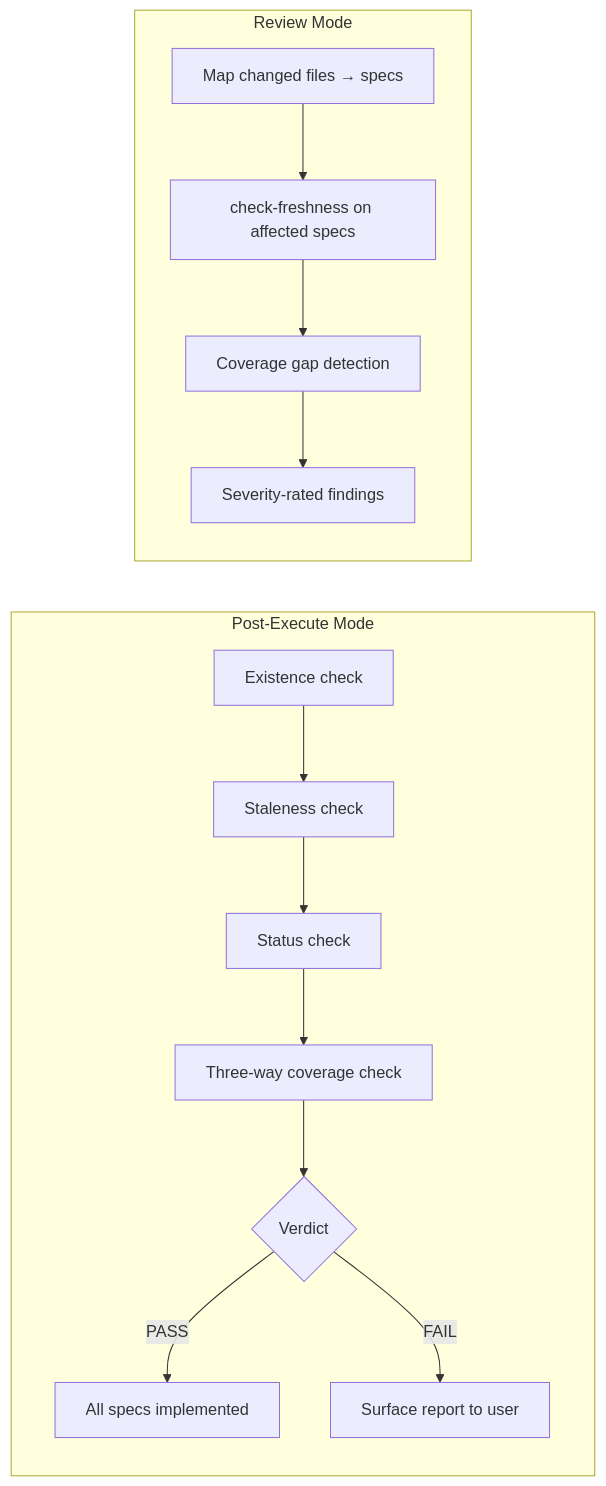
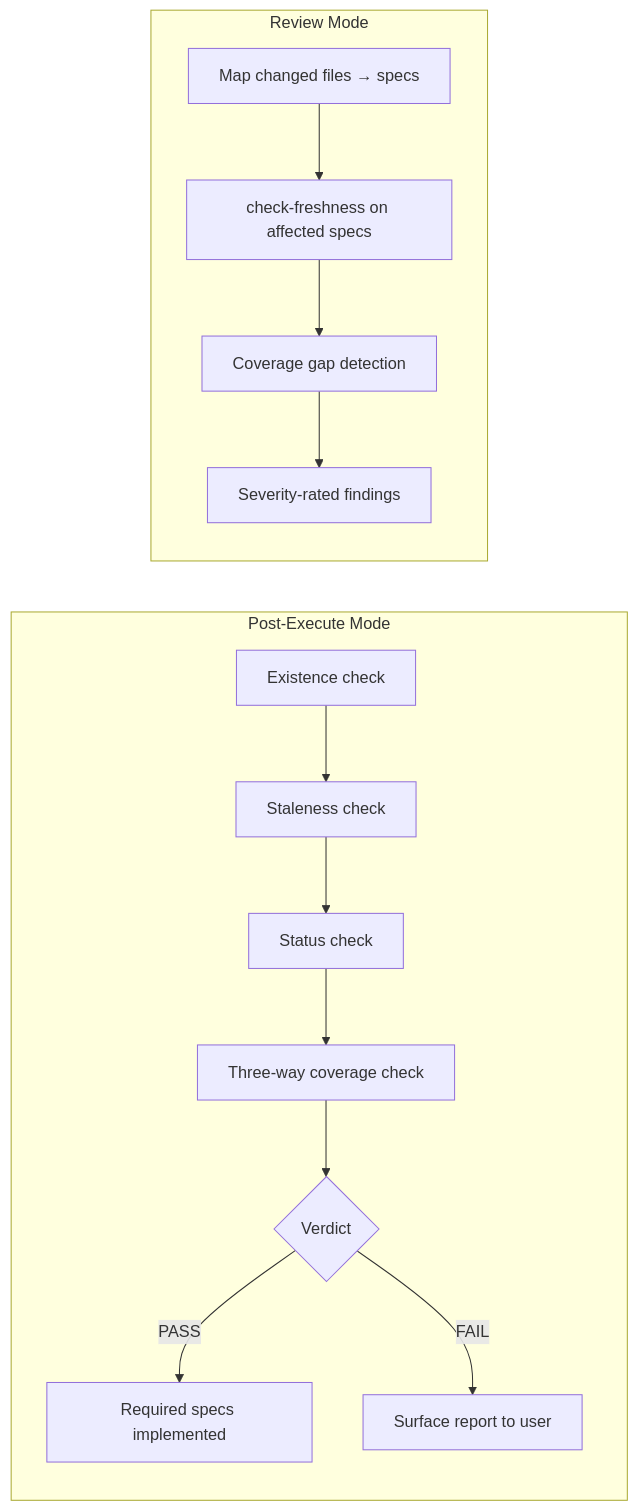
One commit to woodrowpearson/doc-superpowers changed the eighth of 10 diagrams in docs/workflows/doc-superpowers.md. Above: the diagram before and after it, drawn with Mermaid. The commit also changed other lines of this file and 6 other files, not shown here.

First line of the commit message:
fix(specs): apply closing-pass review findings to Spec Status Model

````diff
--- a/docs/workflows/doc-superpowers.md
+++ b/docs/workflows/doc-superpowers.md
@@ -609,16 +609,16 @@
 ```mermaid
 flowchart LR
   subgraph PE["Post-Execute Mode"]
     A["Existence check"] --> B["Staleness check"]
     B --> C["Status check"]
     C --> D["Three-way coverage check"]
     D --> E{Verdict}
-    E -->|PASS| F["All specs implemented"]
+    E -->|PASS| F["Required specs implemented"]
     E -->|FAIL| G["Surface report to user"]
   end
   subgraph RM["Review Mode"]
     H["Map changed files → specs"] --> I["check-freshness on affected specs"]
     I --> J["Coverage gap detection"]
     J --> K["Severity-rated findings"]
   end
 ```
````
